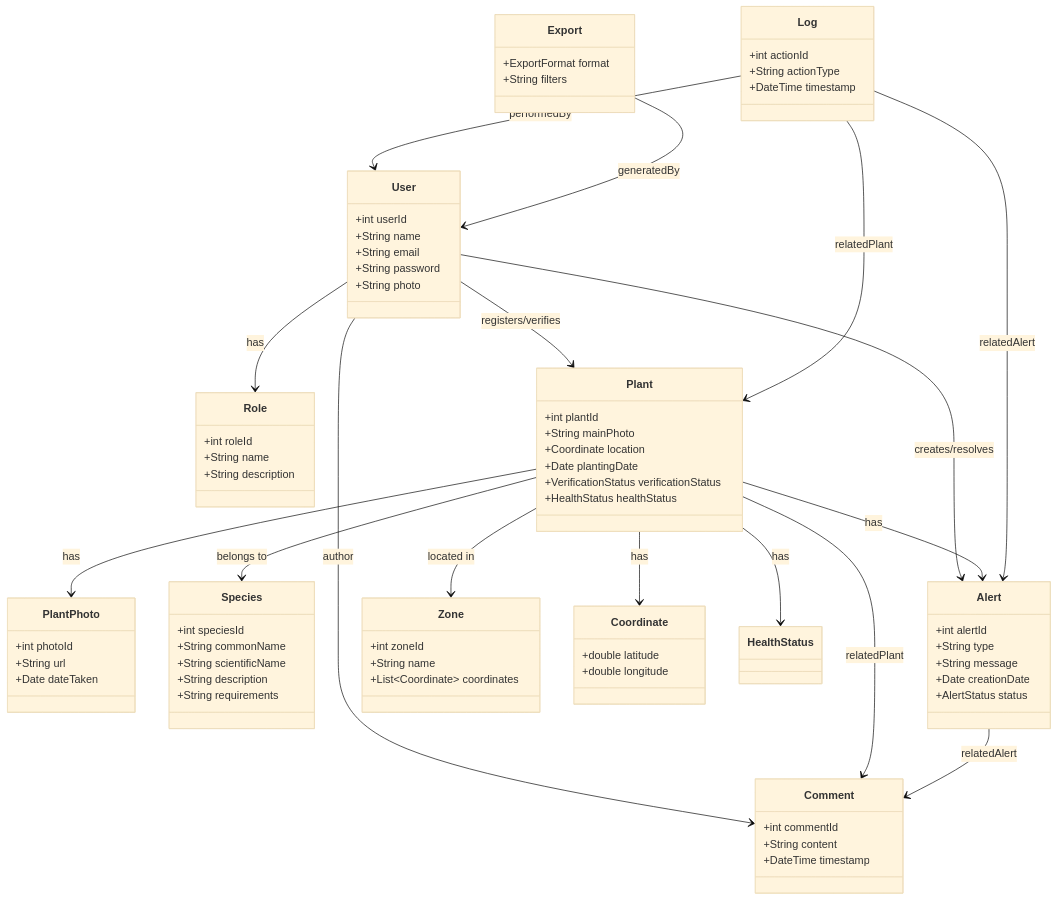
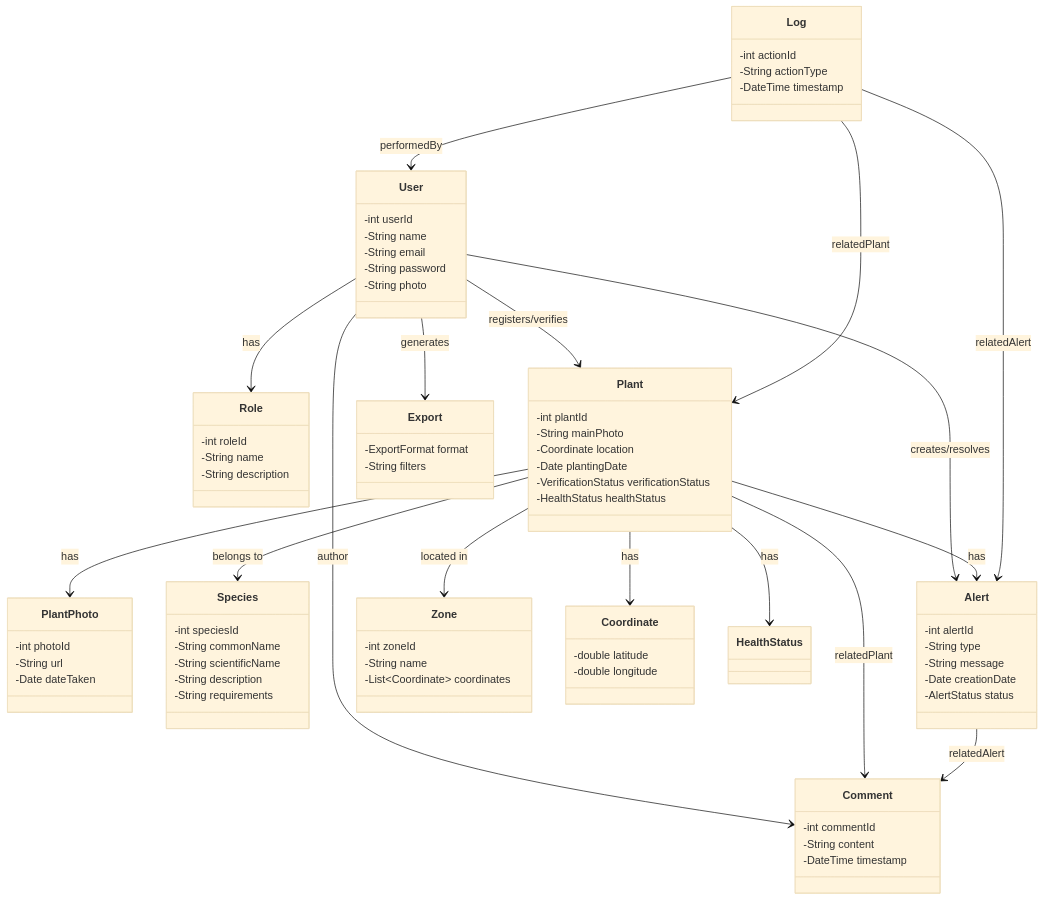
Before and after one commit to SegoviaVictoria/Proyectos: the diagram in Counting Tree/UML.md, drawn with Mermaid (base theme). The commit also changed other lines of this file and 3 other files, not shown here.

Commit message:
feat: finished classes Alert, AlertS and Comment

````diff
--- a/Counting Tree/UML.md
+++ b/Counting Tree/UML.md
@@ -1,76 +3,76 @@
 ```mermaid
 classDiagram
     class User {
-        +int userId
-        +String name
-        +String email
-        +String password
-        +String photo
+        -int userId
+        -String name
+        -String email
+        -String password
+        -String photo
     }
 
     class Role {
-        +int roleId
-        +String name
-        +String description
+        -int roleId
+        -String name
+        -String description
     }
 
     class Plant {
-        +int plantId
-        +String mainPhoto
-        +Coordinate location
-        +Date plantingDate
-        +VerificationStatus verificationStatus
-        +HealthStatus healthStatus
+        -int plantId
+        -String mainPhoto
+        -Coordinate location
+        -Date plantingDate
+        -VerificationStatus verificationStatus
+        -HealthStatus healthStatus
     }
 
     class PlantPhoto {
-        +int photoId
-        +String url
-        +Date dateTaken
+        -int photoId
+        -String url
+        -Date dateTaken
     }
 
     class Species {
-        +int speciesId
-        +String commonName
-        +String scientificName
-        +String description
-        +String requirements
+        -int speciesId
+        -String commonName
+        -String scientificName
+        -String description
+        -String requirements
     }
 
     class Alert {
-        +int alertId
-        +String type
-        +String message
-        +Date creationDate
-        +AlertStatus status
+        -int alertId
+        -String type
+        -String message
+        -Date creationDate
+        -AlertStatus status
     }
 
     class Zone {
-        +int zoneId
-        +String name
-        +List~Coordinate~ coordinates
+        -int zoneId
+        -String name
+        -List~Coordinate~ coordinates
     }
 
     class Comment {
-        +int commentId
-        +String content
-        +DateTime timestamp
+        -int commentId
+        -String content
+        -DateTime timestamp
     }
 
     class Log {
-        +int actionId
-        +String actionType
-        +DateTime timestamp
+        -int actionId
+        -String actionType
+        -DateTime timestamp
     }
 
     class Export {
-        +ExportFormat format
-        +String filters
+        -ExportFormat format
+        -String filters
     }
 
     class Coordinate {
-        +double latitude
-        +double longitude
+        -double latitude
+        -double longitude
     }
 
     %% Relaciones
@@ -78,6 +80,7 @@
     User --> Plant : registers/verifies
     User --> Alert : creates/resolves
     User --> Comment : author
+    User --> Export : generates
 
     Plant --> Species : belongs to
     Plant --> Zone : located in
@@ -93,7 +96,5 @@
     Log --> Plant : relatedPlant
     Log --> Alert : relatedAlert
 
-    Export --> User : generatedBy
-
 
 ```
````
